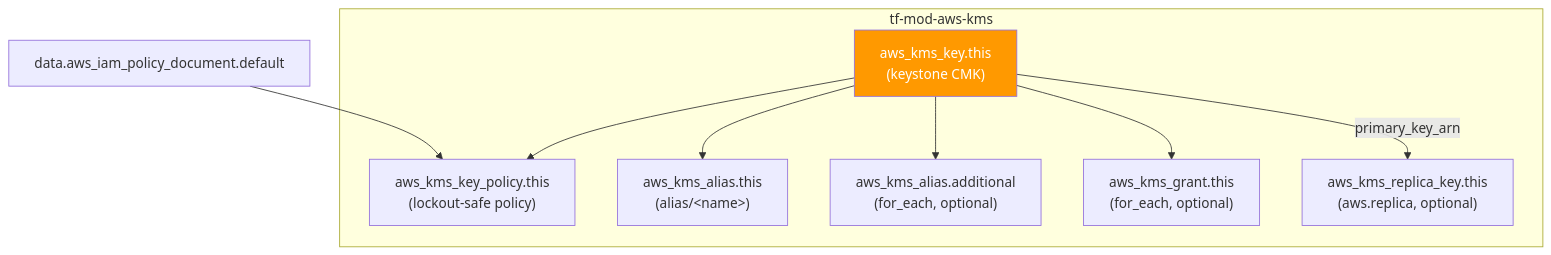
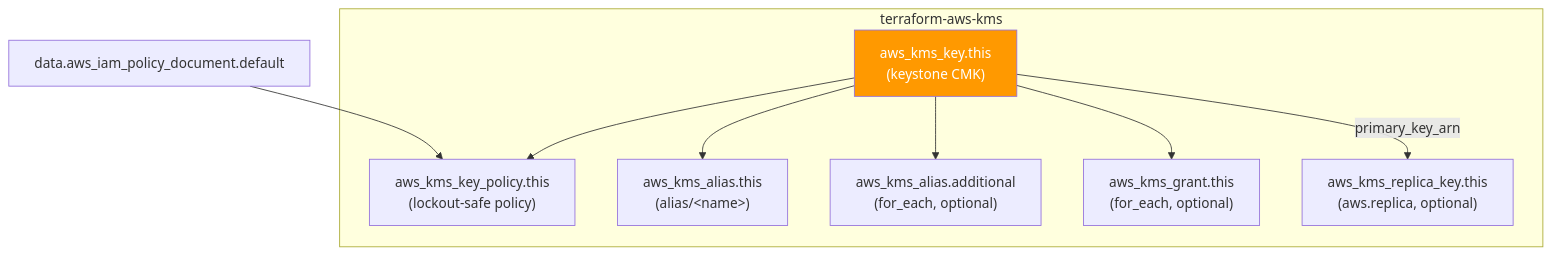
Before and after one commit to microsoftexpert/terraform-aws-kms: the second of 2 diagrams in README.md, drawn with Mermaid. The commit also changed other lines of this file and 2 other files, not shown here.

````diff
--- a/README.md
+++ b/README.md
@@ -71,20 +71,20 @@
 ```mermaid
 flowchart TD
- subgraph module["tf-mod-aws-kms"]
+ subgraph module["terraform-aws-kms"]
  key["aws_kms_key.this<br/>(keystone CMK)"]
  pol["aws_kms_key_policy.this<br/>(lockout-safe policy)"]
  alias["aws_kms_alias.this<br/>(alias/&lt;name&gt;)"]
  addalias["aws_kms_alias.additional<br/>(for_each, optional)"]
  grant["aws_kms_grant.this<br/>(for_each, optional)"]
  replica["aws_kms_replica_key.this<br/>(aws.replica, optional)"]
  end
 
  iampd["data.aws_iam_policy_document.default"] --> pol
  key --> pol
  key --> alias
  key --> addalias
  key --> grant
  key -->|primary_key_arn| replica
 
  style key fill:#FF9900,color:#fff
 ```
````
